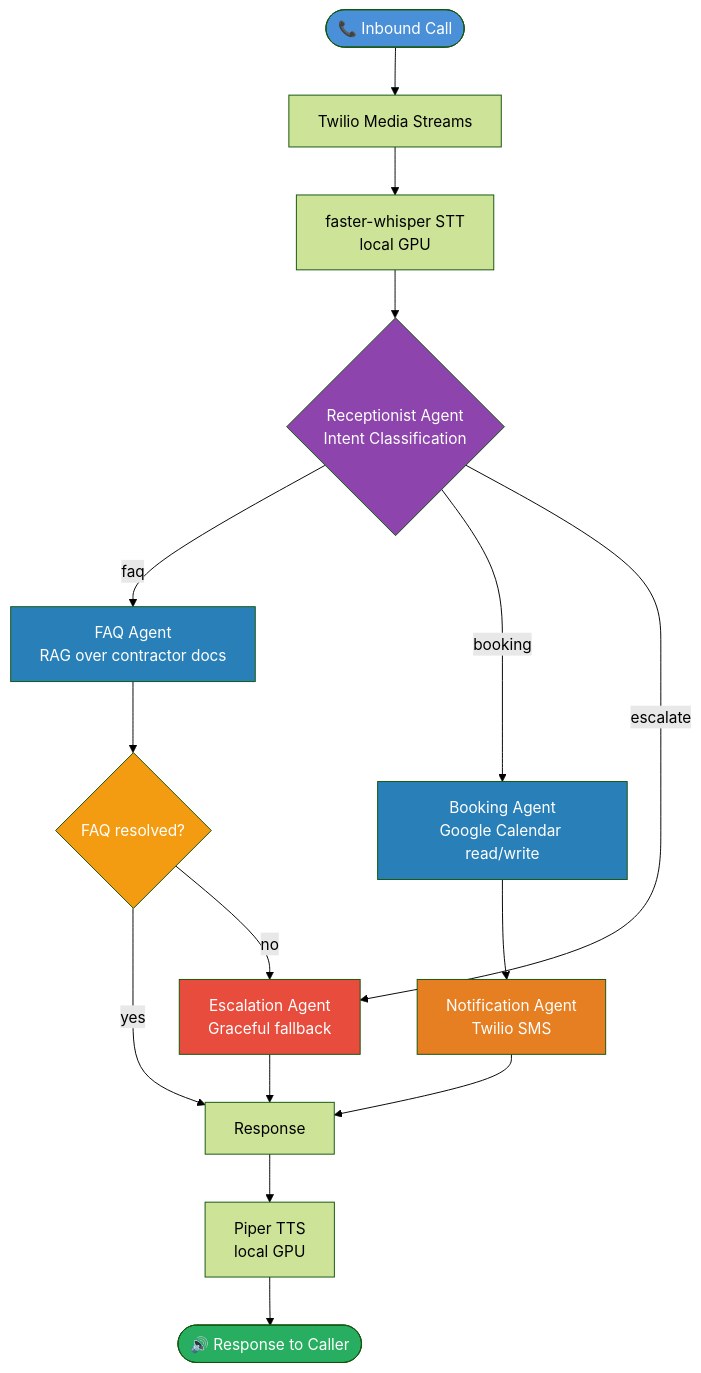
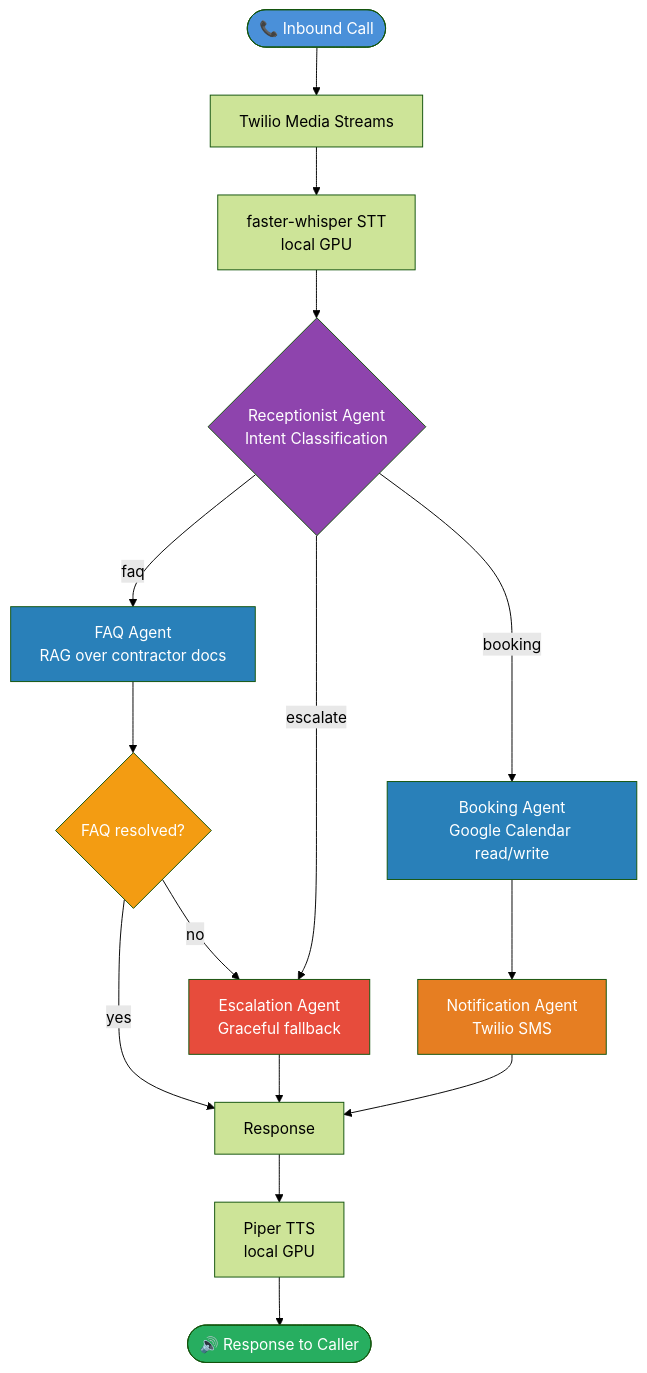
The diagram in README.md (evlogia-kyriou/contractor-voice-bot-en), drawn with Mermaid (forest theme) before and after one commit. The commit also changed other lines of this file, not shown here.

Commit message:
docs: add comprehensive README with architecture and setup guide

````diff
--- a/README.md
+++ b/README.md
@@ -27,31 +27,31 @@
 ```mermaid
 flowchart TD
     A([📞 Inbound Call]) --> B[Twilio Media Streams]
     B --> C[faster-whisper STT\nlocal GPU]
     C --> D{Receptionist Agent\nIntent Classification}
 
     D -->|faq| E[FAQ Agent\nRAG over contractor docs]
+    D -->|escalate| G[Escalation Agent\nGraceful fallback]
     D -->|booking| F[Booking Agent\nGoogle Calendar read/write]
-    D -->|escalate| G[Escalation Agent\nGraceful fallback]
 
     E --> H{FAQ resolved?}
     H -->|yes| K[Response]
     H -->|no| G
 
     F --> I[Notification Agent\nTwilio SMS]
     I --> K
 
     G --> K
 
     K --> L[Piper TTS\nlocal GPU]
     L --> M([🔊 Response to Caller])
 
     style A fill:#4A90D9,color:#fff
     style M fill:#27AE60,color:#fff
     style D fill:#8E44AD,color:#fff
     style E fill:#2980B9,color:#fff
     style F fill:#2980B9,color:#fff
     style G fill:#E74C3C,color:#fff
     style I fill:#E67E22,color:#fff
     style H fill:#F39C12,color:#fff
 ```
````
